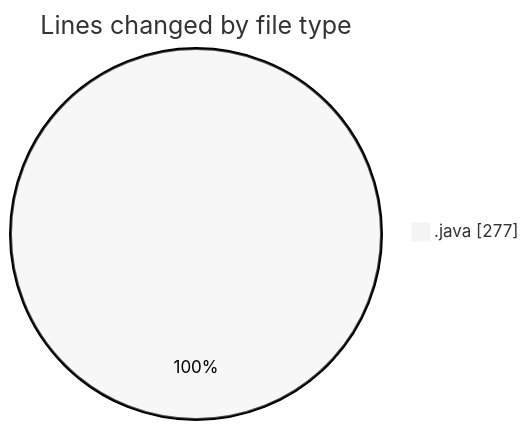
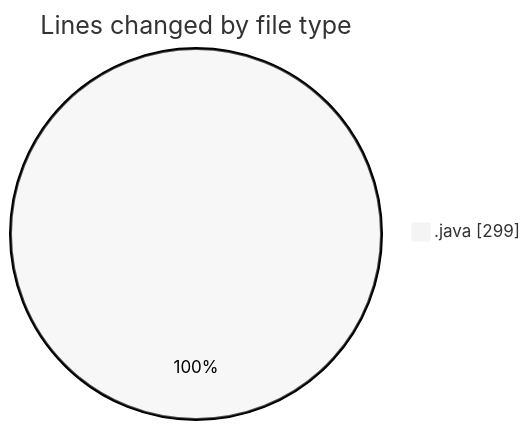
Before and after one commit to NitaiMahat/code-tracking: the first of 2 diagrams in 2025-04-28/startfiles__5_/README.md, drawn with Mermaid (neutral theme). The commit also changed other lines of this file and 1 other file, not shown here.

````diff
--- a/2025-04-28/startfiles__5_/README.md
+++ b/2025-04-28/startfiles__5_/README.md
@@ -22,5 +22,5 @@
 ```mermaid
 pie showData
 title Lines changed by file type
-".java" : 277
+".java" : 299
 ```
````
